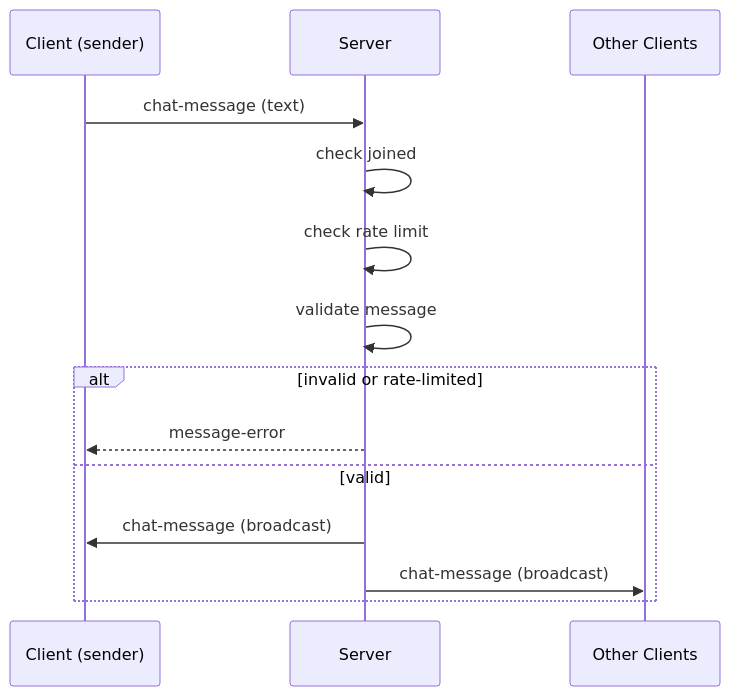
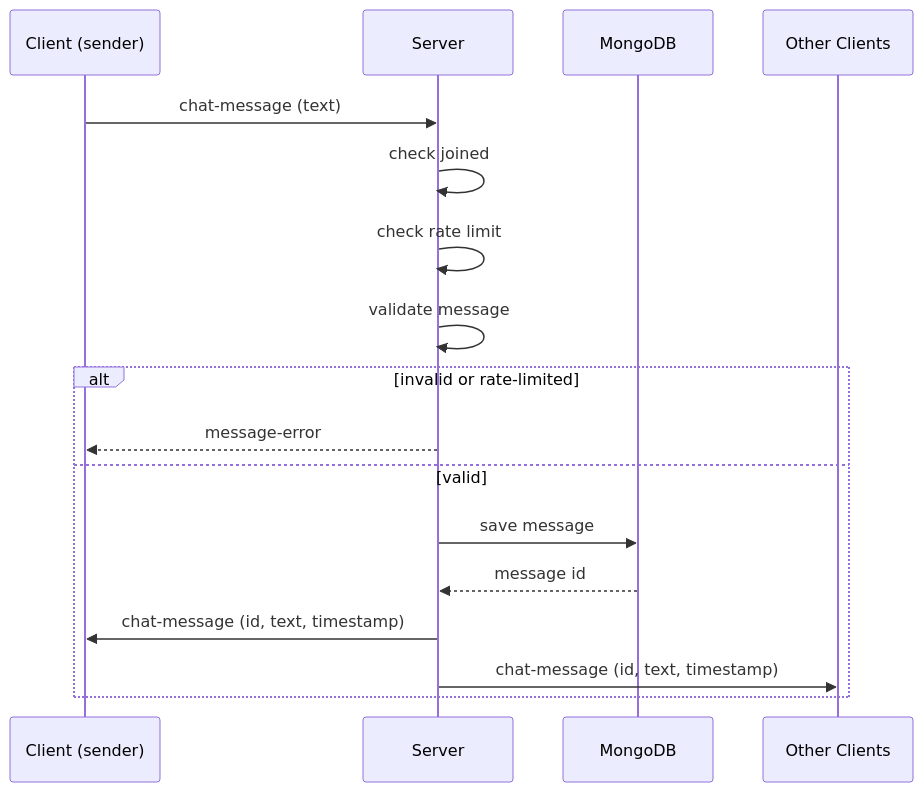
Before and after one commit to virtualvasu/csd-group-chat: the second of 3 diagrams in README.md, drawn with Mermaid. The commit also changed other lines of this file and 17 other files, not shown here.

First line of the commit message:
Store messages in MongoDB and send chat history on join

````diff
--- a/README.md
+++ b/README.md
@@ -106,17 +145,20 @@
 ```mermaid
 sequenceDiagram
     participant A as Client (sender)
     participant S as Server
+    participant DB as MongoDB
     participant B as Other Clients
 
     A->>S: chat-message (text)
     S->>S: check joined
     S->>S: check rate limit
     S->>S: validate message
     alt invalid or rate-limited
         S-->>A: message-error
     else valid
-        S->>A: chat-message (broadcast)
-        S->>B: chat-message (broadcast)
+        S->>DB: save message
+        DB-->>S: message id
+        S->>A: chat-message (id, text, timestamp)
+        S->>B: chat-message (id, text, timestamp)
     end
 ```
````
